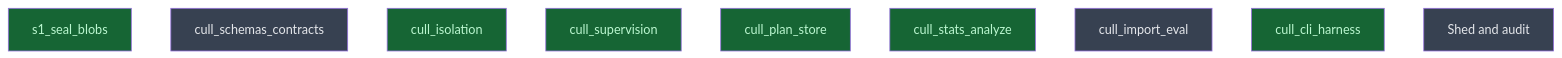
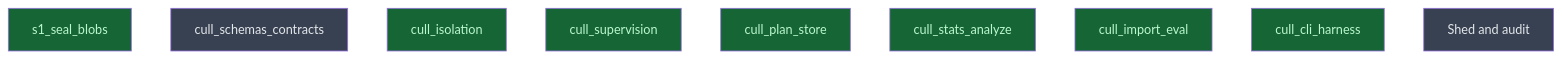
One commit to CrackingShells/Candler changed the diagram in __roadmap__/diet/README.md. Above: the diagram before and after it, drawn with Mermaid. The commit also changed other lines of this file, not shown here.

Commit message:
rdm(api): mark cull_import_eval done

````diff
--- a/__roadmap__/diet/README.md
+++ b/__roadmap__/diet/README.md
@@ -21,17 +21,17 @@
 ```mermaid
 graph TD
     s1_seal_blobs[s1_seal_blobs]:::done
     cull_schemas_contracts[cull_schemas_contracts]:::planned
     cull_isolation[cull_isolation]:::done
     cull_supervision[cull_supervision]:::done
     cull_plan_store[cull_plan_store]:::done
     cull_stats_analyze[cull_stats_analyze]:::done
-    cull_import_eval[cull_import_eval]:::planned
+    cull_import_eval[cull_import_eval]:::done
     cull_cli_harness[cull_cli_harness]:::done
     shed[Shed and audit]:::planned
     classDef done       fill:#166534,color:#bbf7d0
     classDef inprogress fill:#854d0e,color:#fef08a
     classDef planned    fill:#374151,color:#e5e7eb
     classDef amendment  fill:#1e3a5f,color:#bfdbfe
     classDef blocked    fill:#7f1d1d,color:#fecaca
 ```
````
